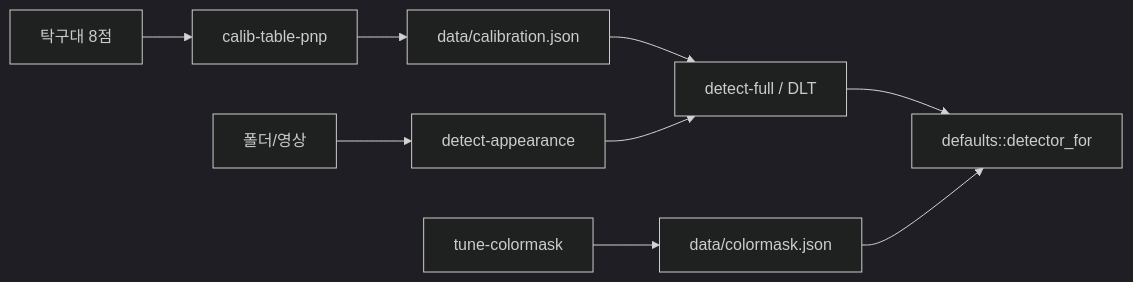
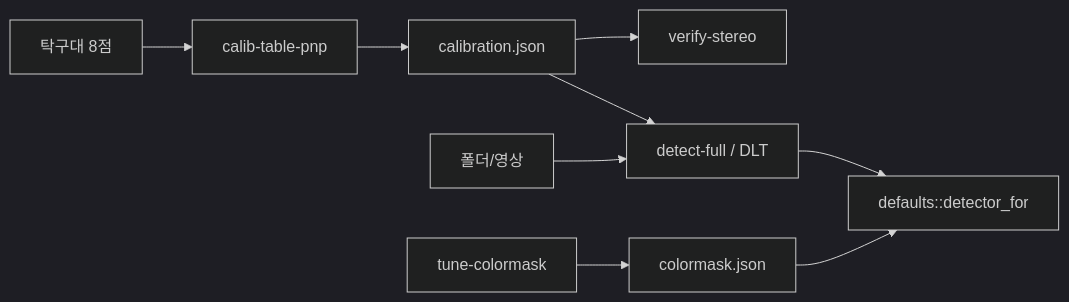
The fourth of 4 diagrams in README.md (luv-all/pingpong-bot), drawn with Mermaid (dark theme) before and after one commit. The commit also changed other lines of this file and 24 other files, not shown here.

First line of the commit message:
feat(vision): add verify-stereo and share world grid overlay

````diff
--- a/README.md
+++ b/README.md
@@ -302,9 +302,9 @@
 ```mermaid
 flowchart LR
-  table["탁구대 8점"] --> pnp["calib-table-pnp"] --> json["data/calibration.json"]
+  table["탁구대 8점"] --> pnp["calib-table-pnp"] --> json["calibration.json"]
+  json --> verify["verify-stereo"]
   json --> full["detect-full / DLT"]
-  frames["폴더/영상"] --> appearance["detect-appearance"]
-  appearance --> full
+  frames["폴더/영상"] --> full
   full --> defaults["defaults::detector_for"]
-  tune["tune-colormask"] --> cm["data/colormask.json"] --> defaults
+  tune["tune-colormask"] --> cm["colormask.json"] --> defaults
 ```
````
